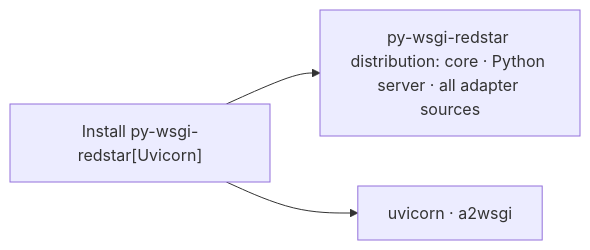
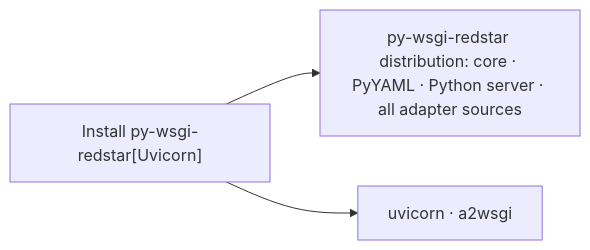
The diagram in docs/Packaging.en.md (yong5eon/RedStar), drawn with Mermaid before and after one commit. The commit also changed other lines of this file and 15 other files, not shown here.

````diff
--- a/docs/Packaging.en.md
+++ b/docs/Packaging.en.md
@@ -18,5 +18,5 @@
 ```mermaid
 flowchart LR
-  A["Install py-wsgi-redstar[Uvicorn]"] --> B["py-wsgi-redstar distribution: core · Python server · all adapter sources"]
+  A["Install py-wsgi-redstar[Uvicorn]"] --> B["py-wsgi-redstar distribution: core · PyYAML · Python server · all adapter sources"]
   A --> C["uvicorn · a2wsgi"]
 ```
````
